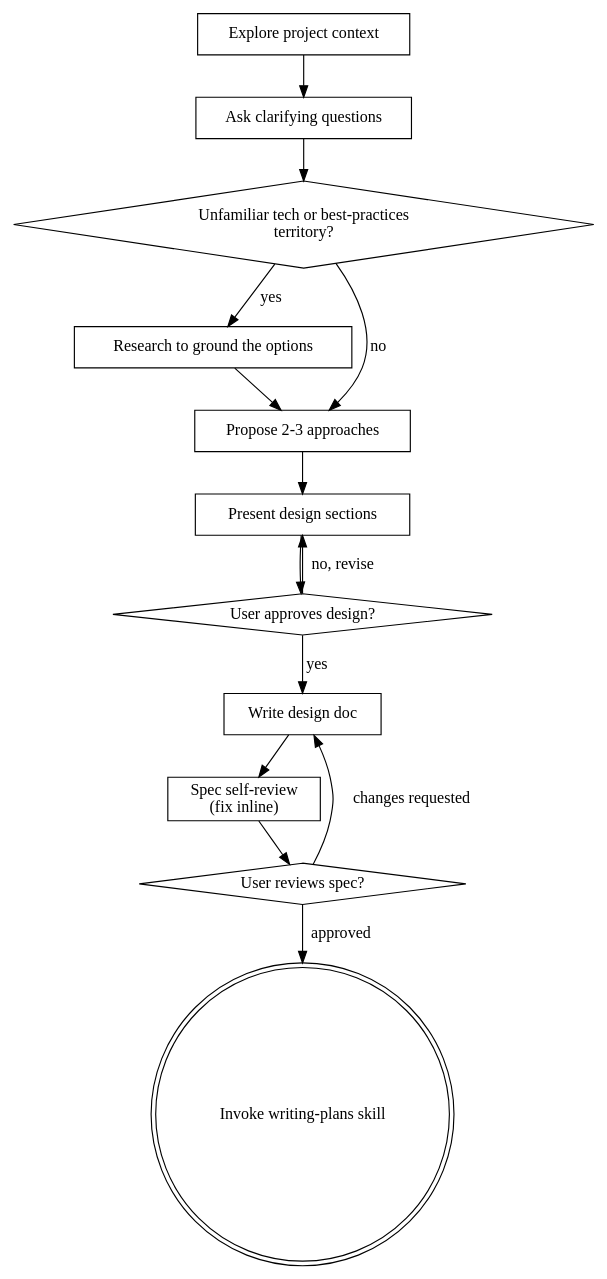
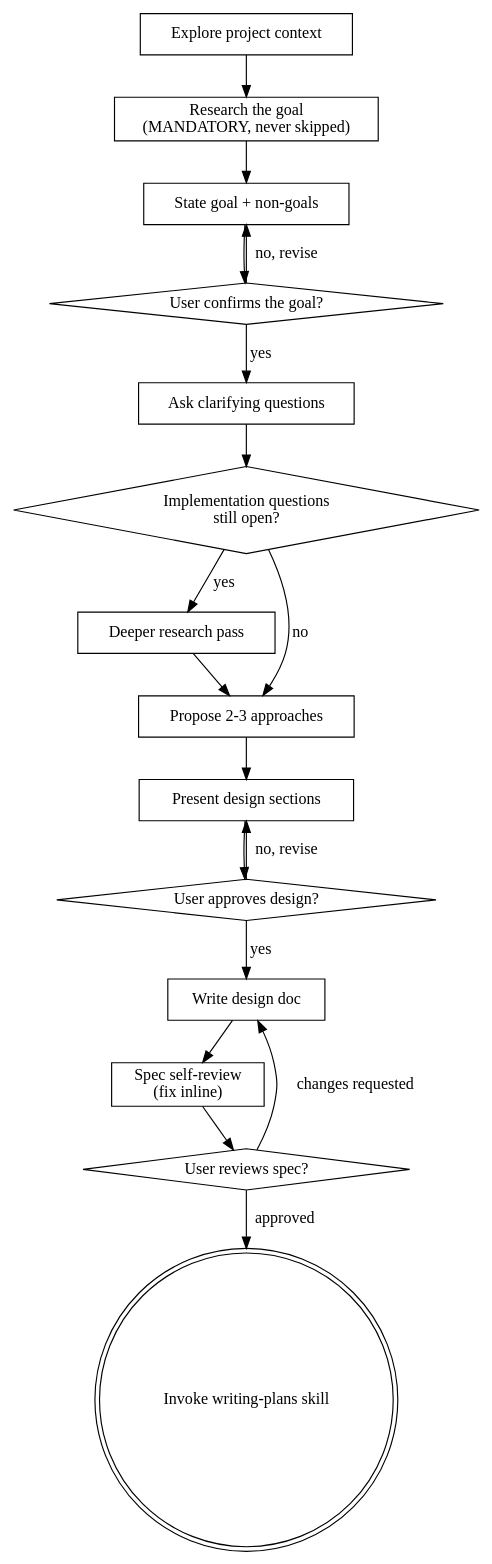
Before and after one commit to hypyc95/superpowers: the diagram in skills/brainstorming/SKILL.md, drawn with Graphviz. The commit also changed other lines of this file, not shown here.

First line of the commit message:
feat(brainstorming): add goal-setting step with a mandatory research pass

````diff
--- a/skills/brainstorming/SKILL.md
+++ b/skills/brainstorming/SKILL.md
@@ -37,29 +38,36 @@
 ```dot
 digraph brainstorming {
     "Explore project context" [shape=box];
+    "Research the goal\n(MANDATORY, never skipped)" [shape=box];
+    "State goal + non-goals" [shape=box];
+    "User confirms the goal?" [shape=diamond];
     "Ask clarifying questions" [shape=box];
-    "Unfamiliar tech or best-practices\nterritory?" [shape=diamond];
-    "Research to ground the options" [shape=box];
+    "Implementation questions\nstill open?" [shape=diamond];
+    "Deeper research pass" [shape=box];
     "Propose 2-3 approaches" [shape=box];
     "Present design sections" [shape=box];
     "User approves design?" [shape=diamond];
     "Write design doc" [shape=box];
     "Spec self-review\n(fix inline)" [shape=box];
     "User reviews spec?" [shape=diamond];
     "Invoke writing-plans skill" [shape=doublecircle];
 
-    "Explore project context" -> "Ask clarifying questions";
-    "Ask clarifying questions" -> "Unfamiliar tech or best-practices\nterritory?";
-    "Unfamiliar tech or best-practices\nterritory?" -> "Research to ground the options" [label="yes"];
-    "Unfamiliar tech or best-practices\nterritory?" -> "Propose 2-3 approaches" [label="no"];
-    "Research to ground the options" -> "Propose 2-3 approaches";
+    "Explore project context" -> "Research the goal\n(MANDATORY, never skipped)";
+    "Research the goal\n(MANDATORY, never skipped)" -> "State goal + non-goals";
+    "State goal + non-goals" -> "User confirms the goal?";
+    "User confirms the goal?" -> "State goal + non-goals" [label="no, revise"];
+    "User confirms the goal?" -> "Ask clarifying questions" [label="yes"];
+    "Ask clarifying questions" -> "Implementation questions\nstill open?";
+    "Implementation questions\nstill open?" -> "Deeper research pass" [label="yes"];
+    "Implementation questions\nstill open?" -> "Propose 2-3 approaches" [label="no"];
+    "Deeper research pass" -> "Propose 2-3 approaches";
     "Propose 2-3 approaches" -> "Present design sections";
     "Present design sections" -> "User approves design?";
     "User approves design?" -> "Present design sections" [label="no, revise"];
     "User approves design?" -> "Write design doc" [label="yes"];
     "Write design doc" -> "Spec self-review\n(fix inline)";
     "Spec self-review\n(fix inline)" -> "User reviews spec?";
     "User reviews spec?" -> "Write design doc" [label="changes requested"];
     "User reviews spec?" -> "Invoke writing-plans skill" [label="approved"];
 }
 ```
````
